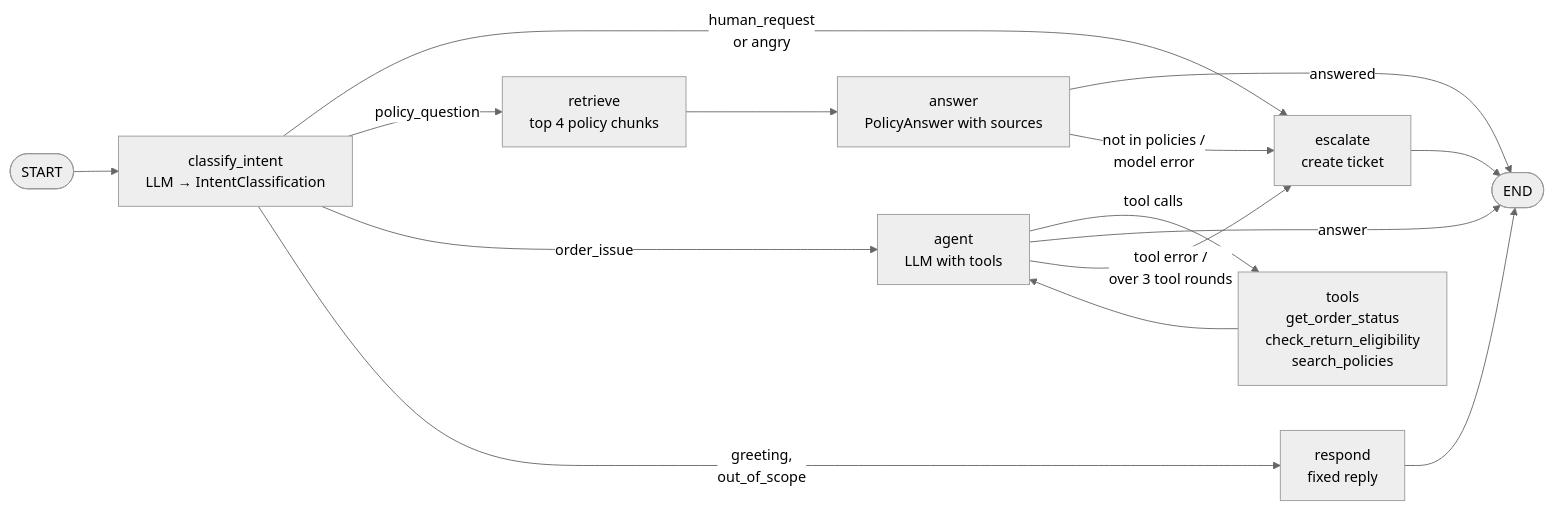
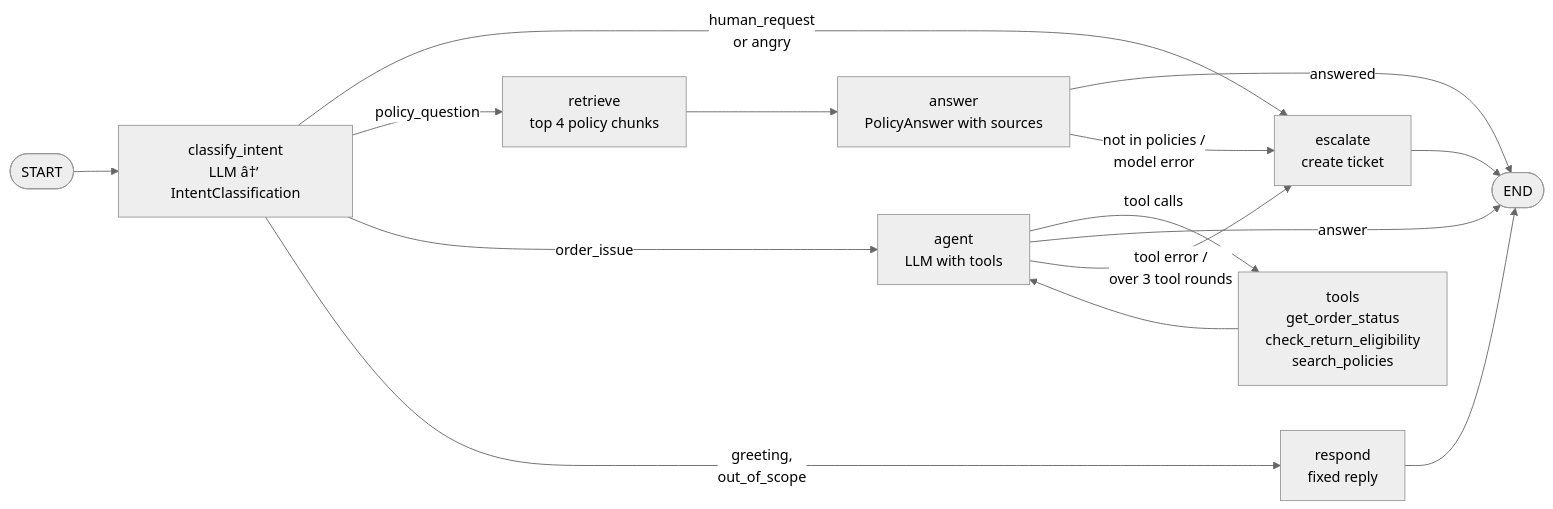
Before and after one commit to hmadhe/agentic-customer-support: the second of 3 diagrams in README.md, drawn with Mermaid (neutral theme). The commit also changed other lines of this file, not shown here.

````diff
--- a/README.md
+++ b/README.md
@@ -107,17 +107,17 @@
 ```mermaid
 flowchart LR
-    START([START]) --> C[classify_intent<br/>LLM → IntentClassification]
+    START([START]) --> C[classify_intent<br/>LLM â†’ IntentClassification]
     C -->|human_request<br/>or angry| E[escalate<br/>create ticket]
     C -->|policy_question| R[retrieve<br/>top 4 policy chunks]
     R --> A[answer<br/>PolicyAnswer with sources]
     A -->|answered| END([END])
     A -->|not in policies /<br/>model error| E
     C -->|order_issue| G[agent<br/>LLM with tools]
     G -->|tool calls| T[tools<br/>get_order_status<br/>check_return_eligibility<br/>search_policies]
     T --> G
     G -->|answer| END
     G -->|tool error /<br/>over 3 tool rounds| E
     C -->|greeting,<br/>out_of_scope| P[respond<br/>fixed reply]
     P --> END
     E --> END
 ```
````
